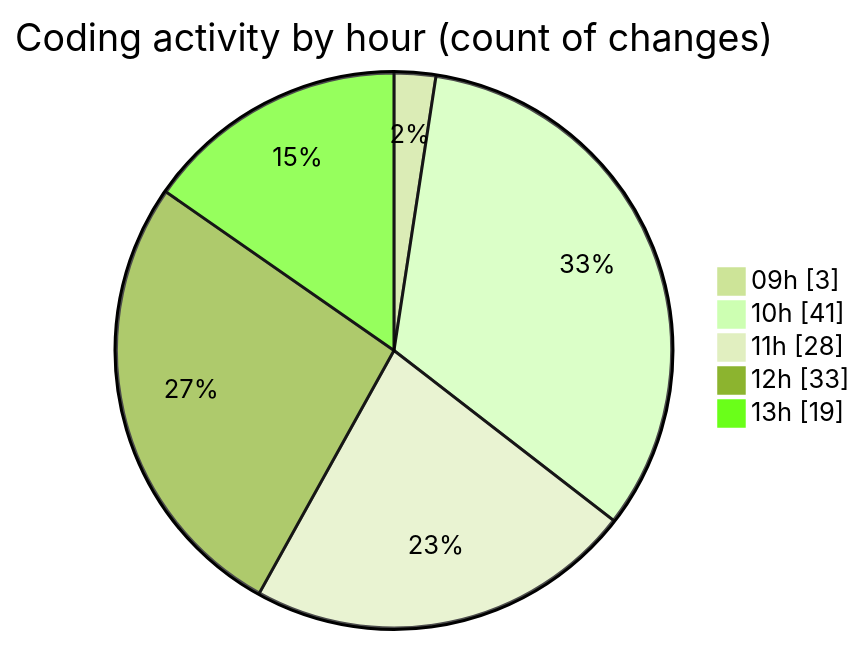
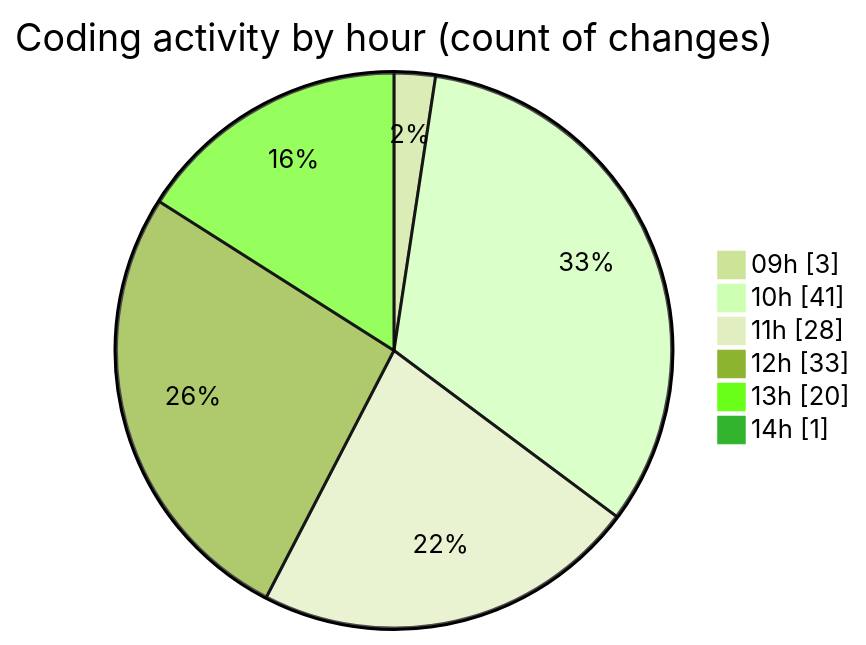
Before and after one commit to CELIANVF/code-tracking: the second of 2 diagrams in 2025-05-19/ecodeli-1/README.md, drawn with Mermaid (forest theme). The commit also changed other lines of this file and 1 other file, not shown here.

````diff
--- a/2025-05-19/ecodeli-1/README.md
+++ b/2025-05-19/ecodeli-1/README.md
@@ -65,9 +65,10 @@
 ```mermaid
 pie showData
 title Coding activity by hour (count of changes)
 "09h" : 3
 "10h" : 41
 "11h" : 28
 "12h" : 33
-"13h" : 19
+"13h" : 20
+"14h" : 1
 ```
````
